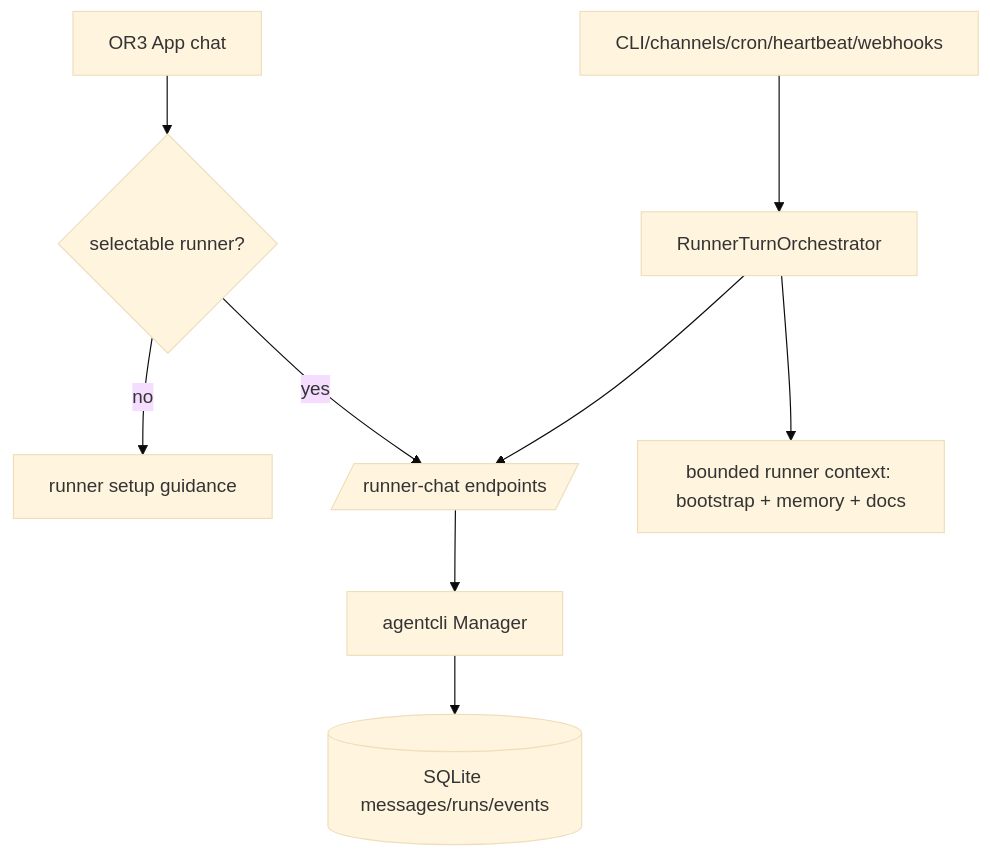
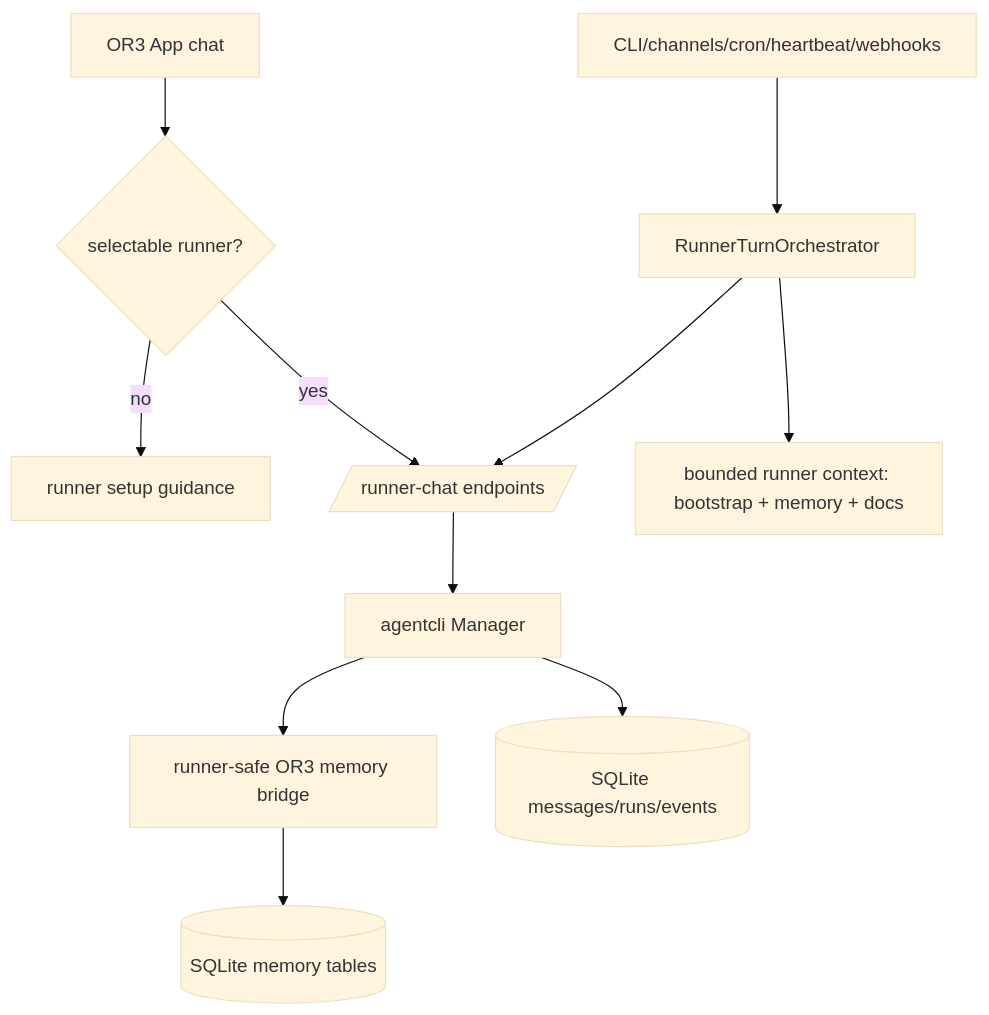
One commit to Saluana/or3-intern changed the second of 2 diagrams in planning/runner-first-code-deletion/design.md. Above: the diagram before and after it, drawn with Mermaid (base theme). The commit also changed other lines of this file and 2 other files, not shown here.

Commit message:
feat: enhance runner memory capabilities and update related requirements and tasks

````diff
--- a/planning/runner-first-code-deletion/design.md
+++ b/planning/runner-first-code-deletion/design.md
@@ -133,11 +136,13 @@
 ```mermaid
 flowchart TD
     AppChat[OR3 App chat] --> HasRunner{selectable runner?}
     HasRunner -->|no| Setup[runner setup guidance]
     HasRunner -->|yes| RunnerChat[/runner-chat endpoints/]
     Channels[CLI/channels/cron/heartbeat/webhooks] --> Orchestrator[RunnerTurnOrchestrator]
     Orchestrator --> RunnerChat
     RunnerChat --> AgentCLI[agentcli Manager]
     Orchestrator --> Context[bounded runner context: bootstrap + memory + docs]
+    AgentCLI --> MemoryBridge[runner-safe OR3 memory bridge]
+    MemoryBridge --> Memory[(SQLite memory tables)]
     AgentCLI --> DB[(SQLite messages/runs/events)]
 ```
````
